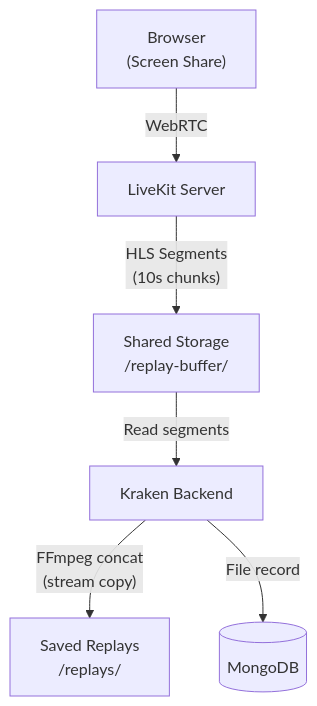
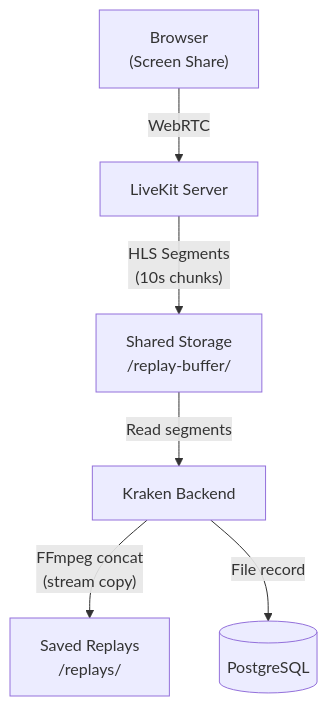
Before and after one commit to krakenchat/kraken: the diagram in docs-site/docs/architecture/replay-buffer.md, drawn with Mermaid. The commit also changed 109 other files, not shown here.

First line of the commit message:
feat: migrate from MongoDB to PostgreSQL (#267)

````diff
--- a/docs-site/docs/architecture/replay-buffer.md
+++ b/docs-site/docs/architecture/replay-buffer.md
@@ -12,8 +12,8 @@
 ```mermaid
 graph TD
     Browser["Browser<br/>(Screen Share)"] -->|WebRTC| LiveKit["LiveKit Server"]
     LiveKit -->|"HLS Segments<br/>(10s chunks)"| Storage["Shared Storage<br/>/replay-buffer/"]
     Storage -->|Read segments| Backend["Kraken Backend"]
     Backend -->|"FFmpeg concat<br/>(stream copy)"| Replays["Saved Replays<br/>/replays/"]
-    Backend -->|File record| MongoDB[(MongoDB)]
+    Backend -->|File record| PostgreSQL[(PostgreSQL)]
 ```
````
